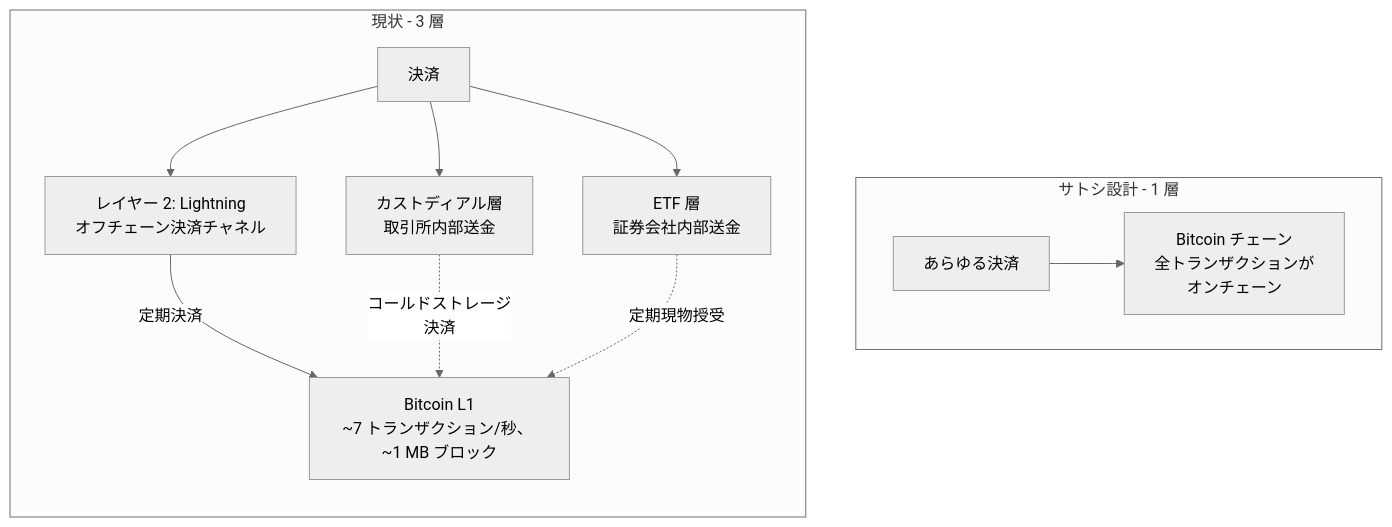
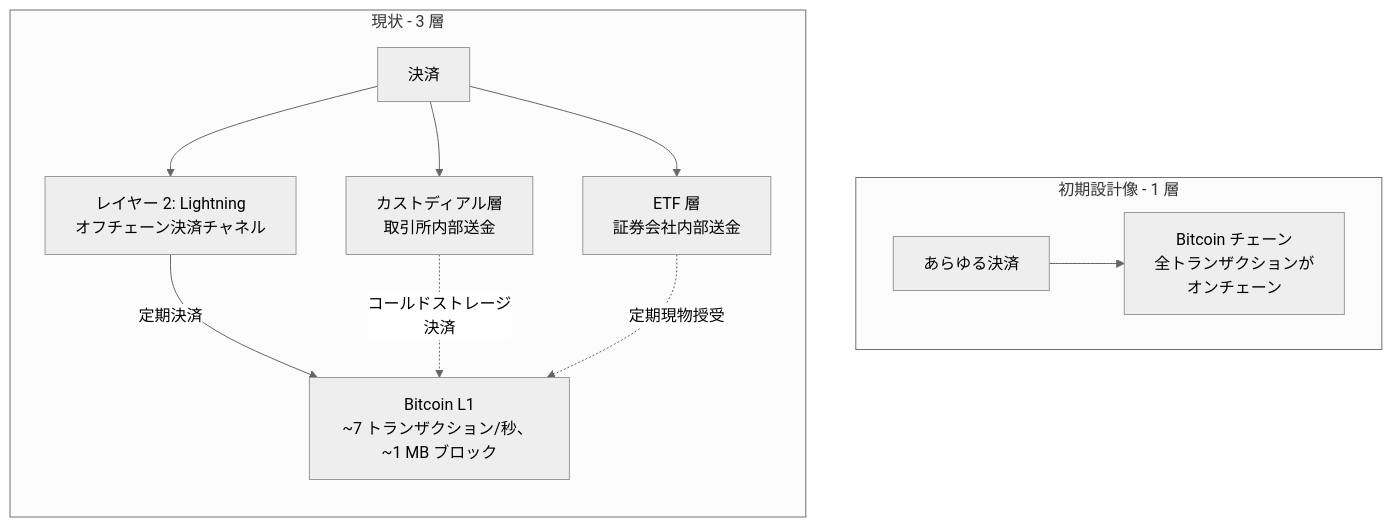
The fourth of 4 diagrams in src/data/translations/ja/analysis/2026-05-24-satoshi-design-vs-current-reality.md (cypher256/BitcoinArchive), drawn with Mermaid (neutral theme) before and after one commit. The commit also changed other lines of this file and 1 other file, not shown here.

````diff
--- a/src/data/translations/ja/analysis/2026-05-24-satoshi-design-vs-current-reality.md
+++ b/src/data/translations/ja/analysis/2026-05-24-satoshi-design-vs-current-reality.md
@@ -135,16 +135,16 @@
 ```mermaid
 flowchart TB
-  subgraph DESIGN["サトシ設計 - 1 層"]
+  subgraph DESIGN["初期設計像 - 1 層"]
     PAY1[あらゆる決済] --> BC1[Bitcoin チェーン<br/>全トランザクションが<br/>オンチェーン]
   end
   subgraph REAL["現状 - 3 層"]
     direction TB
     PAY2[決済]
     PAY2 --> CEX[カストディアル層<br/>取引所内部送金]
     PAY2 --> LN[レイヤー 2: Lightning<br/>オフチェーン決済チャネル]
     PAY2 --> ETF2[ETF 層<br/>証券会社内部送金]
     LN -->|定期決済| BC2[Bitcoin L1<br/>~7 トランザクション/秒、 ~1 MB ブロック]
     CEX -.->|コールドストレージ<br/>決済| BC2
     ETF2 -.->|定期現物授受| BC2
   end
 ```
````
